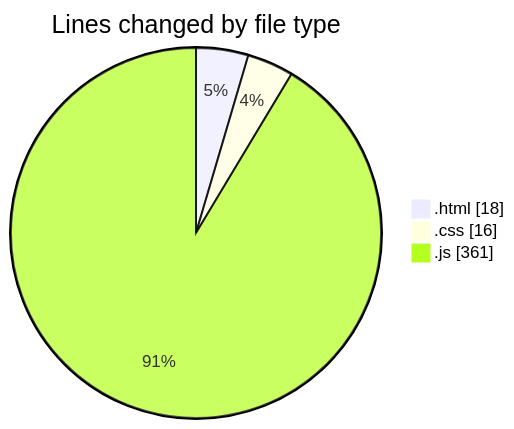
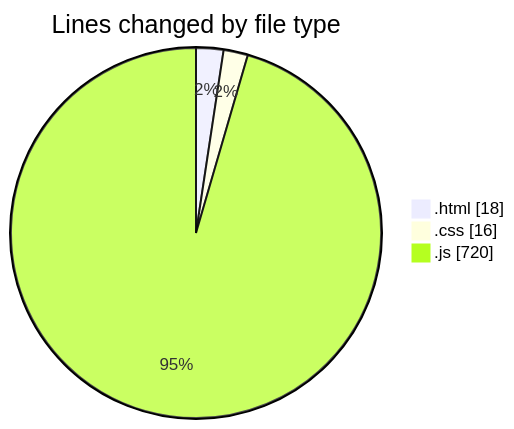
The first of 2 diagrams in 2025-03-03/tetris/README.md (robertbonfada/code-tracking), drawn with Mermaid before and after one commit. The commit also changed other lines of this file and 1 other file, not shown here.

````diff
--- a/2025-03-03/tetris/README.md
+++ b/2025-03-03/tetris/README.md
@@ -22,7 +22,7 @@
 ```mermaid
 pie showData
 title Lines changed by file type
 ".html" : 18
 ".css" : 16
-".js" : 361
+".js" : 720
 ```
````
